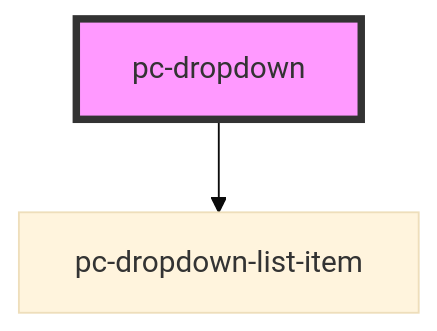
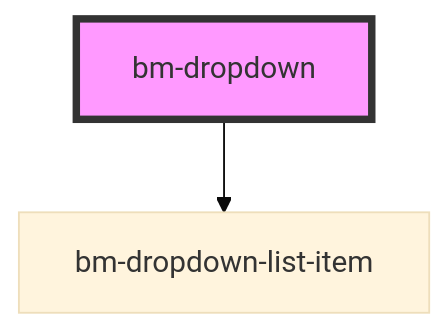
Before and after one commit to bettermusic/studio: the diagram in packages/ui/src/components/dropdown/readme.md, drawn with Mermaid (base theme). The commit also changed other lines of this file and 38 other files, not shown here.

````diff
--- a/packages/ui/src/components/dropdown/readme.md
+++ b/packages/ui/src/components/dropdown/readme.md
@@ -74,5 +74,5 @@
 ```mermaid
 graph TD;
-  pc-dropdown --> pc-dropdown-list-item
-  style pc-dropdown fill:#f9f,stroke:#333,stroke-width:4px
+  bm-dropdown --> bm-dropdown-list-item
+  style bm-dropdown fill:#f9f,stroke:#333,stroke-width:4px
 ```
````
